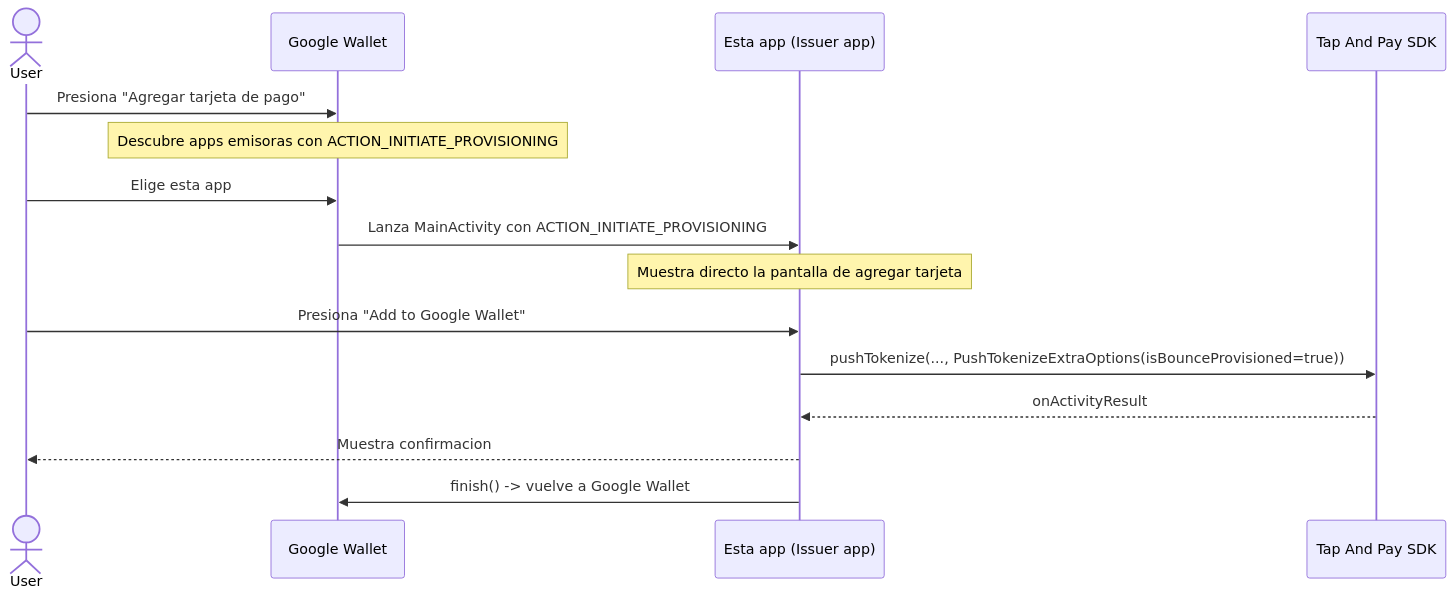
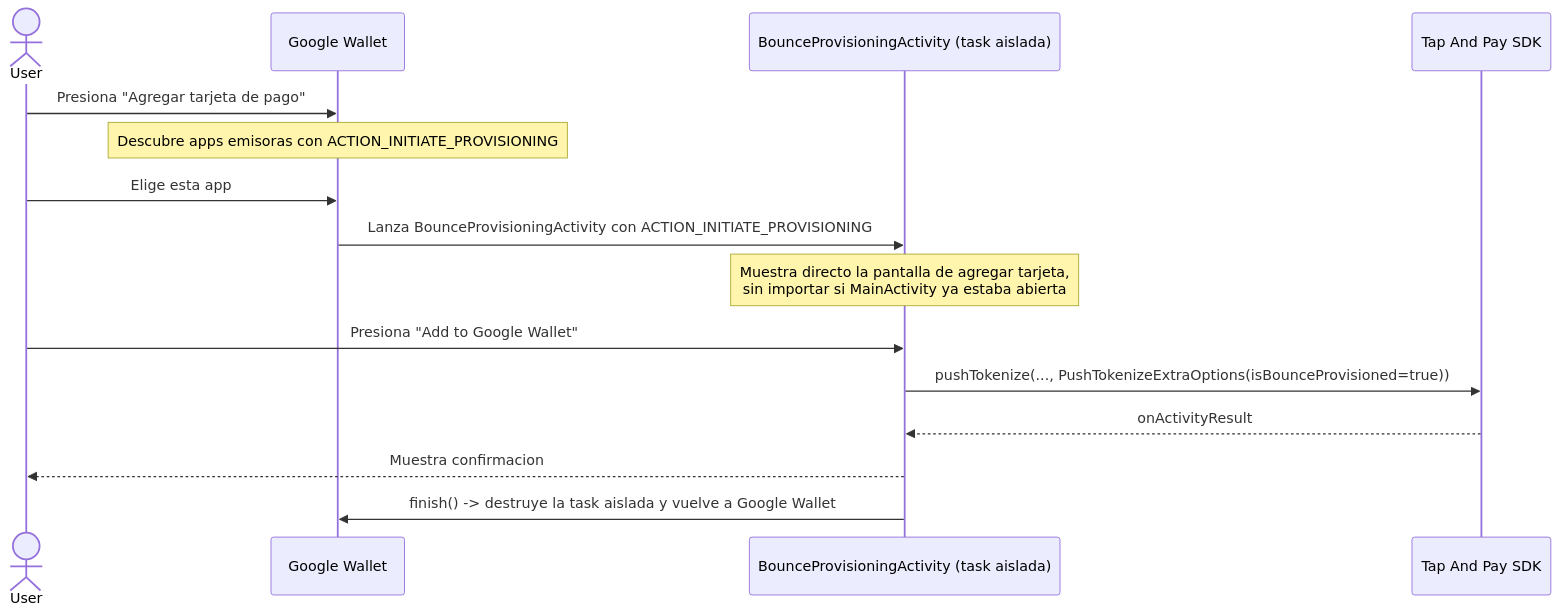
The third of 3 diagrams in example-android-app-google-upp/app/README.md (pomelo-la/example-sdk-android-tokenization), drawn with Mermaid before and after one commit. The commit also changed other lines of this file and 4 other files, not shown here.

First line of the commit message:
refactor: isolate Bounce Provisioning in a dedicated Activity/task

````diff
--- a/example-android-app-google-upp/app/README.md
+++ b/example-android-app-google-upp/app/README.md
@@ -149,18 +162,18 @@
 ```mermaid
 sequenceDiagram
     actor User
     participant GW as Google Wallet
-    participant IA as Esta app (Issuer app)
+    participant IA as BounceProvisioningActivity (task aislada)
     participant TAP as Tap And Pay SDK
 
     User->>GW: Presiona "Agregar tarjeta de pago"
     Note over GW: Descubre apps emisoras con ACTION_INITIATE_PROVISIONING
     User->>GW: Elige esta app
-    GW->>IA: Lanza MainActivity con ACTION_INITIATE_PROVISIONING
-    Note over IA: Muestra directo la pantalla de agregar tarjeta
+    GW->>IA: Lanza BounceProvisioningActivity con ACTION_INITIATE_PROVISIONING
+    Note over IA: Muestra directo la pantalla de agregar tarjeta,<br/>sin importar si MainActivity ya estaba abierta
     User->>IA: Presiona "Add to Google Wallet"
     IA->>TAP: pushTokenize(..., PushTokenizeExtraOptions(isBounceProvisioned=true))
     TAP-->>IA: onActivityResult
     IA-->>User: Muestra confirmacion
-    IA->>GW: finish() -> vuelve a Google Wallet
+    IA->>GW: finish() -> destruye la task aislada y vuelve a Google Wallet
 ```
````
